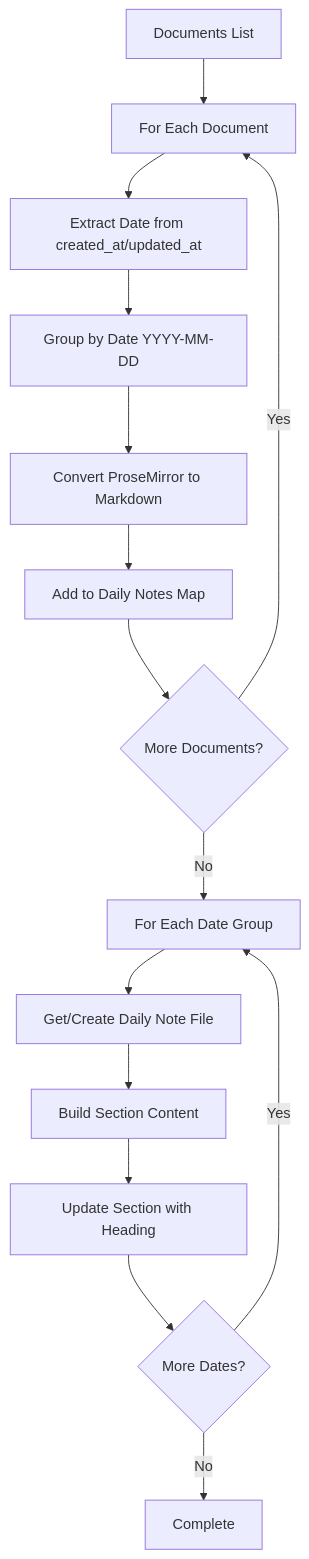
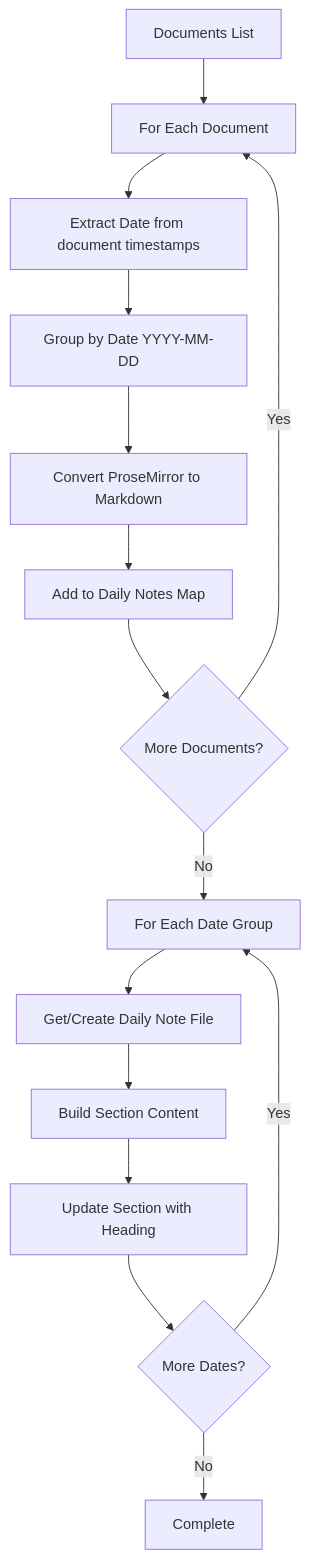
One commit to tomelliot/obsidian-granola-sync changed the sixth of 7 diagrams in docs/sync-process.md. Above: the diagram before and after it, drawn with Mermaid. The commit also changed other lines of this file and 5 other files, not shown here.

````diff
--- a/docs/sync-process.md
+++ b/docs/sync-process.md
@@ -205,17 +205,17 @@
 ```mermaid
 flowchart TD
     A[Documents List] --> B[For Each Document]
-    B --> C[Extract Date from created_at/updated_at]
+    B --> C[Extract Date from document timestamps]
     C --> D[Group by Date YYYY-MM-DD]
     D --> E[Convert ProseMirror to Markdown]
     E --> F[Add to Daily Notes Map]
     F --> G{More Documents?}
     G -->|Yes| B
     G -->|No| H[For Each Date Group]
     H --> I[Get/Create Daily Note File]
     I --> J[Build Section Content]
     J --> K[Update Section with Heading]
     K --> L{More Dates?}
     L -->|Yes| H
     L -->|No| M[Complete]
 ```
````
